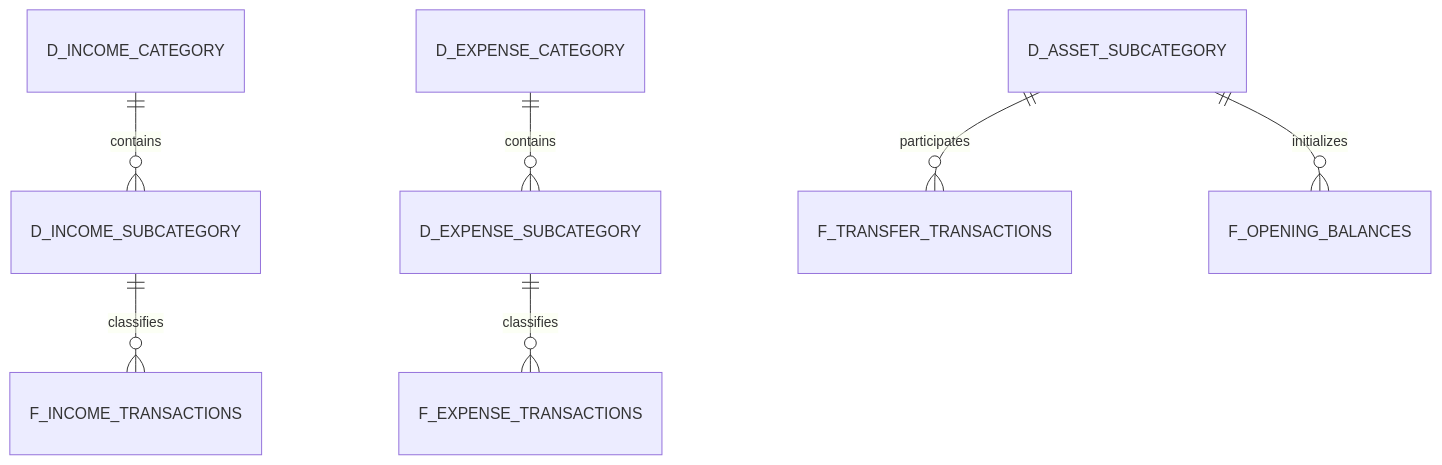
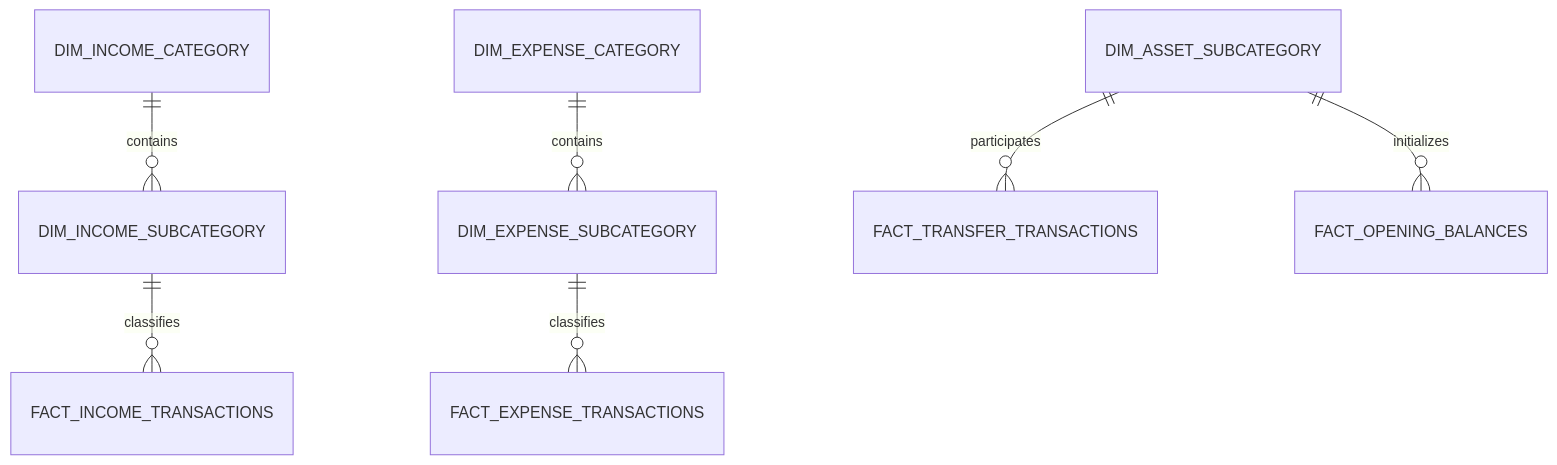
The fourth of 9 diagrams in docs/architecture/data-model.md (tks18/personal-finance-etl), drawn with Mermaid before and after one commit. The commit also changed other lines of this file and 4 other files, not shown here.

Commit message:
docs(warehouse): update silver contracts and architecture

````diff
--- a/docs/architecture/data-model.md
+++ b/docs/architecture/data-model.md
@@ -99,9 +99,9 @@
 ```mermaid
 erDiagram
-    D_INCOME_CATEGORY ||--o{ D_INCOME_SUBCATEGORY : contains
-    D_INCOME_SUBCATEGORY ||--o{ F_INCOME_TRANSACTIONS : classifies
-    D_EXPENSE_CATEGORY ||--o{ D_EXPENSE_SUBCATEGORY : contains
-    D_EXPENSE_SUBCATEGORY ||--o{ F_EXPENSE_TRANSACTIONS : classifies
-    D_ASSET_SUBCATEGORY ||--o{ F_TRANSFER_TRANSACTIONS : participates
-    D_ASSET_SUBCATEGORY ||--o{ F_OPENING_BALANCES : initializes
+    DIM_INCOME_CATEGORY ||--o{ DIM_INCOME_SUBCATEGORY : contains
+    DIM_INCOME_SUBCATEGORY ||--o{ FACT_INCOME_TRANSACTIONS : classifies
+    DIM_EXPENSE_CATEGORY ||--o{ DIM_EXPENSE_SUBCATEGORY : contains
+    DIM_EXPENSE_SUBCATEGORY ||--o{ FACT_EXPENSE_TRANSACTIONS : classifies
+    DIM_ASSET_SUBCATEGORY ||--o{ FACT_TRANSFER_TRANSACTIONS : participates
+    DIM_ASSET_SUBCATEGORY ||--o{ FACT_OPENING_BALANCES : initializes
 ```
````
